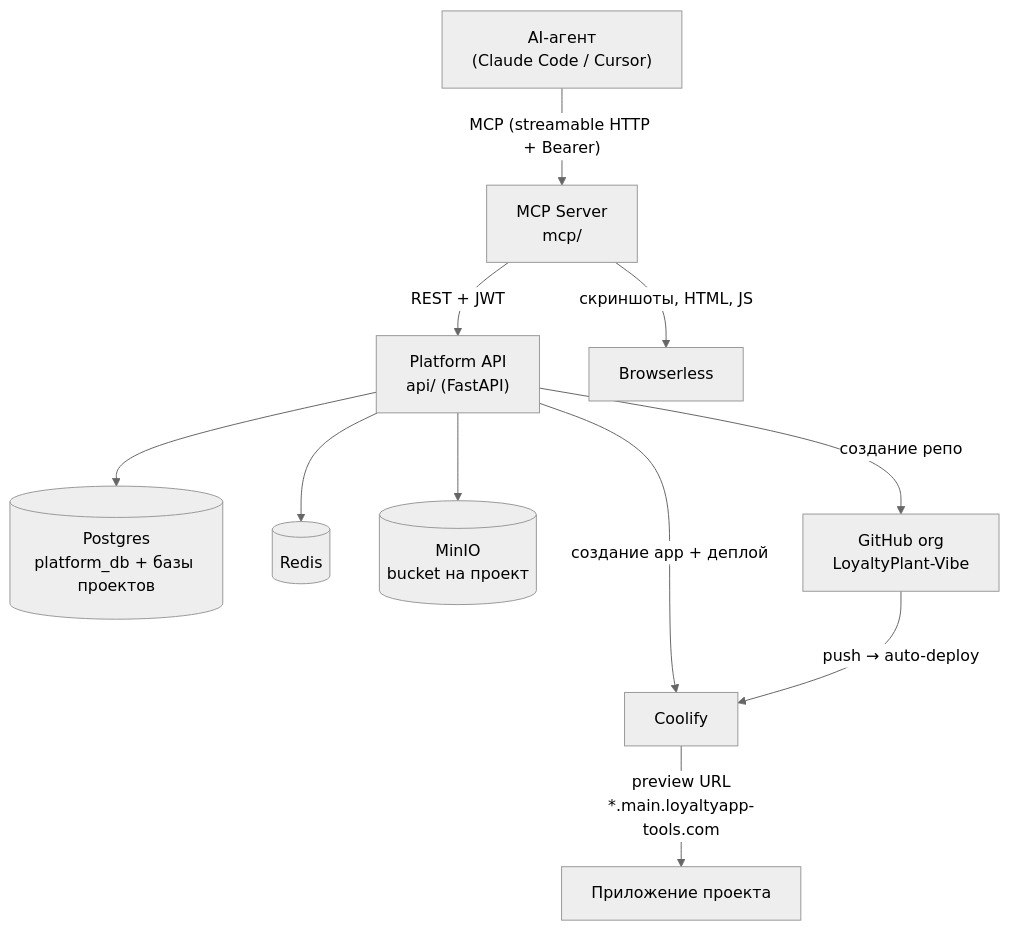
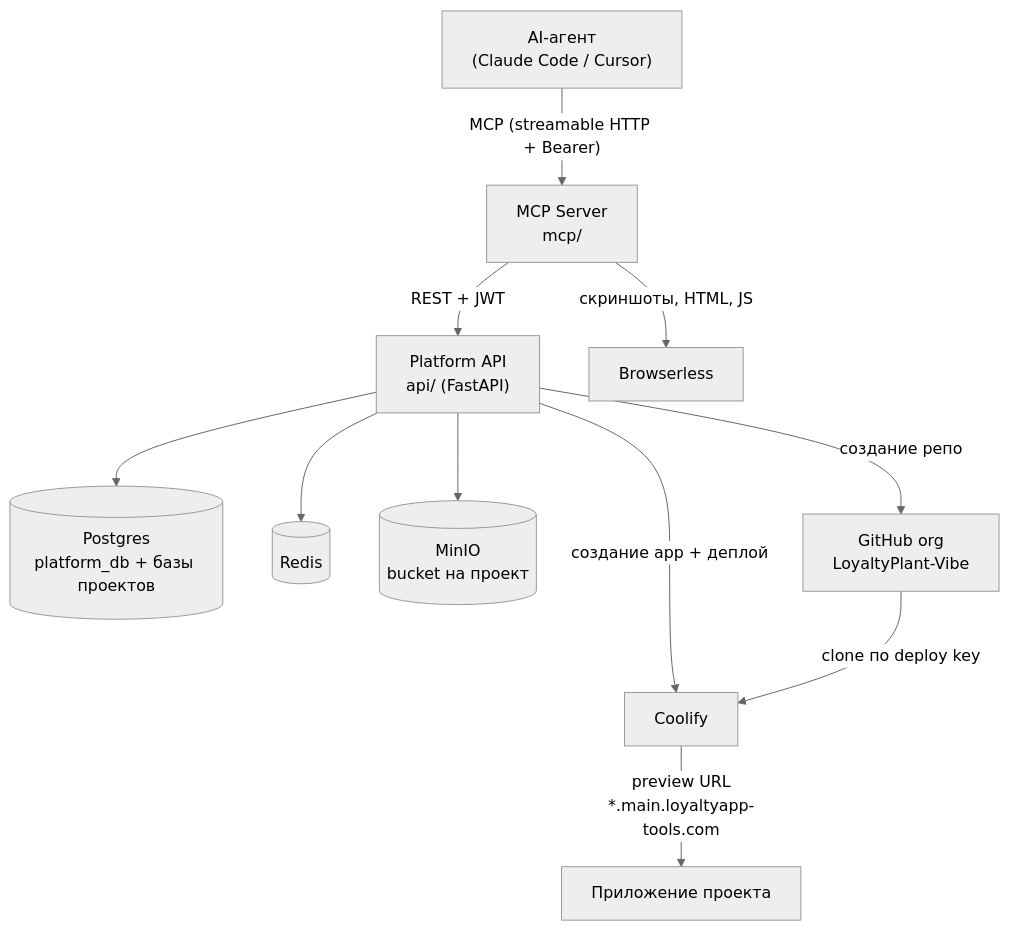
Before and after one commit to kivanov2/lpvibe-mcp: the first of 2 diagrams in README.md, drawn with Mermaid (neutral theme). The commit also changed other lines of this file, not shown here.

Commit message:
docs: reflect real deploy flow — per-project deploy keys, no auto-deploy on push

````diff
--- a/README.md
+++ b/README.md
@@ -19,13 +19,13 @@
 ```mermaid
 flowchart TD
     Agent["AI-агент<br/>(Claude Code / Cursor)"] -->|"MCP (streamable HTTP + Bearer)"| MCP["MCP Server<br/>mcp/"]
     MCP -->|"REST + JWT"| API["Platform API<br/>api/ (FastAPI)"]
     MCP -->|скриншоты, HTML, JS| BL["Browserless"]
     API --> PG[("Postgres<br/>platform_db + базы проектов")]
     API --> Redis[("Redis")]
     API --> MinIO[("MinIO<br/>bucket на проект")]
     API -->|создание репо| GH["GitHub org<br/>LoyaltyPlant-Vibe"]
     API -->|создание app + деплой| Coolify["Coolify"]
-    GH -->|push → auto-deploy| Coolify
+    GH -->|clone по deploy key| Coolify
     Coolify -->|"preview URL<br/>*.main.loyaltyapp-tools.com"| App["Приложение проекта"]
 ```
````
